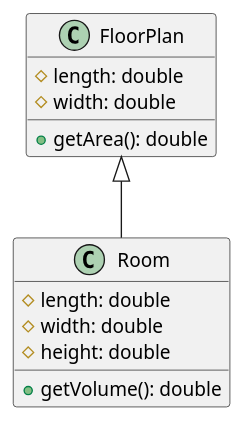
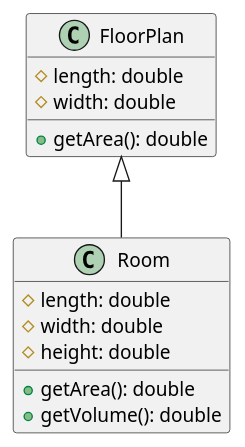
One commit to JonMinton/e63_hw changed the diagram in pda/A_D_5_InheritanceDiagram/diagram.puml. Above: the diagram before and after it, drawn with PlantUML. The commit also changed 132 other files, not shown here.

```diff
--- a/pda/A_D_5_InheritanceDiagram/diagram.puml
+++ b/pda/A_D_5_InheritanceDiagram/diagram.puml
@@ -1,17 +1,18 @@
 @startuml
 
 class FloorPlan {
     #length: double
     #width: double
     +getArea(): double
 }
 
 class Room {
     #length: double
     #width: double
     #height: double
+    +getArea(): double
     +getVolume(): double
 }
 
 FloorPlan <|-- Room
 @enduml
```
